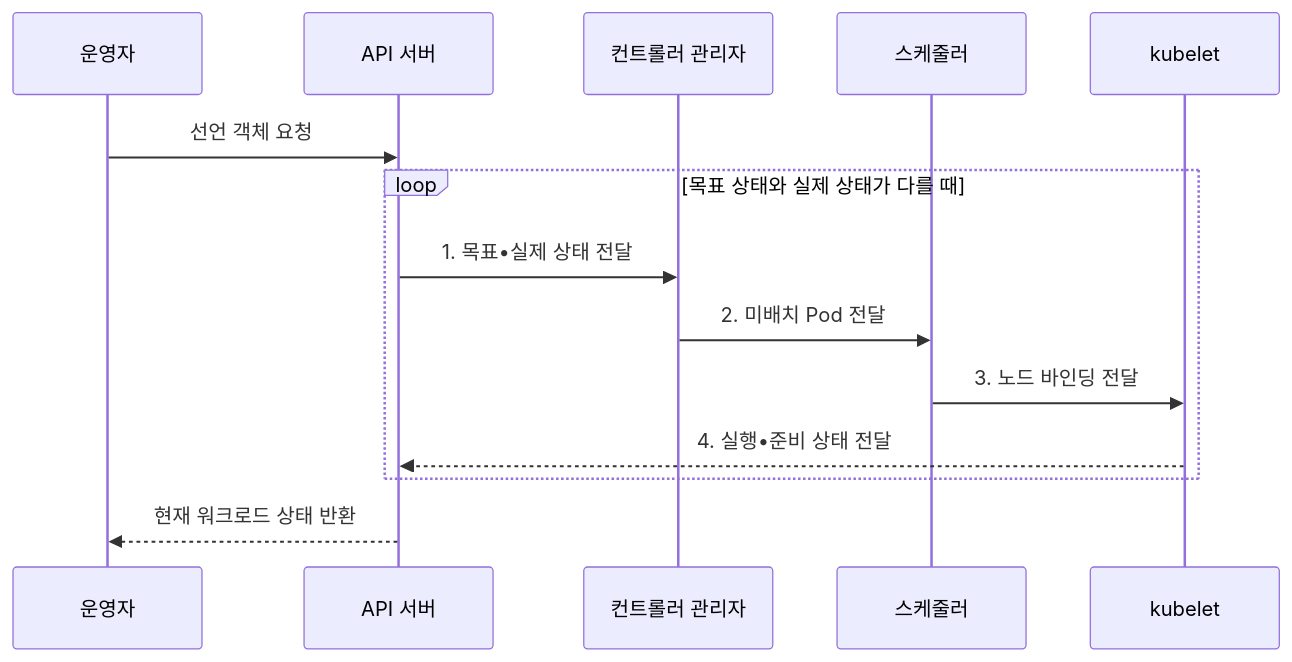
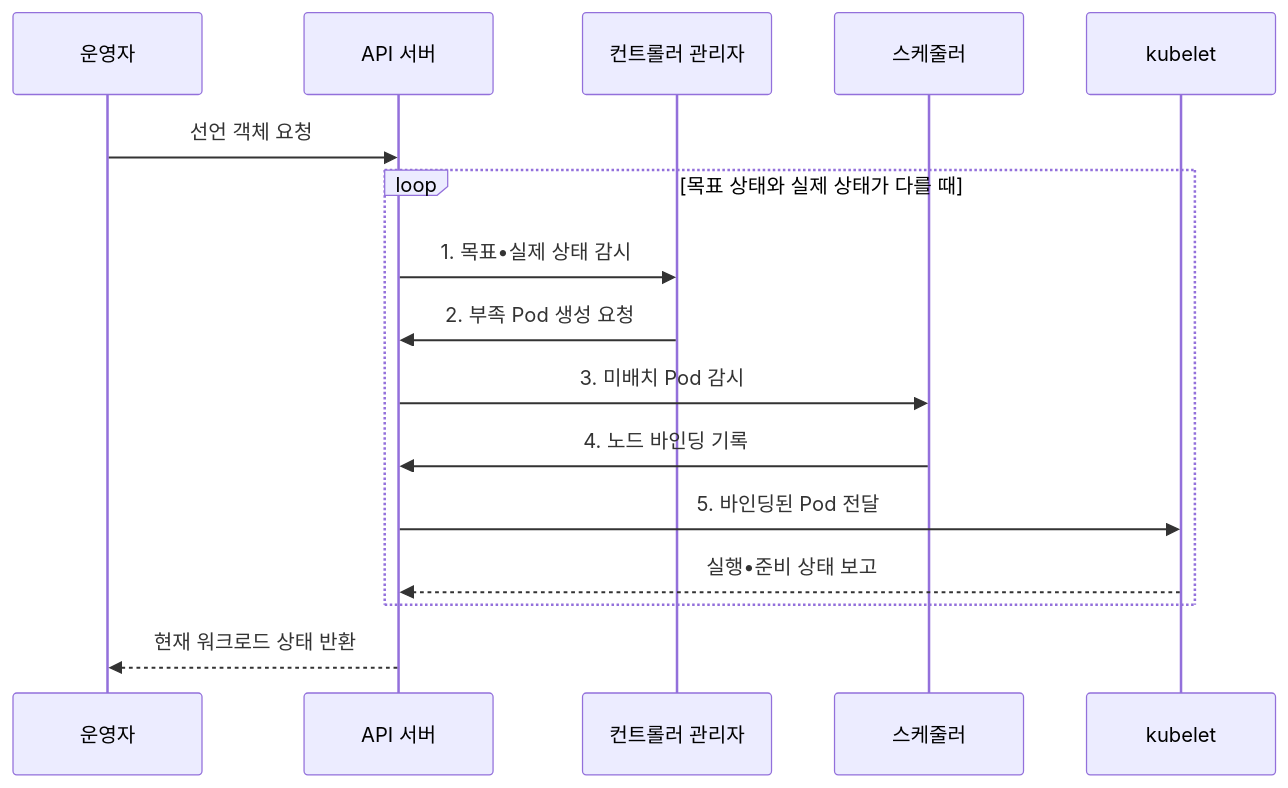
The second of 2 diagrams in src/content/docs/notes/08-latest-tech/158_kubernetes.md (agnusdei1207/knowledge-base), drawn with Mermaid before and after one commit. The commit also changed other lines of this file and 3 other files, not shown here.

````diff
--- a/src/content/docs/notes/08-latest-tech/158_kubernetes.md
+++ b/src/content/docs/notes/08-latest-tech/158_kubernetes.md
@@ -106,16 +106,18 @@
 ```mermaid
 sequenceDiagram
     participant U as 운영자
     participant A as API 서버
     participant C as 컨트롤러 관리자
     participant S as 스케줄러
     participant K as kubelet
     U->>A: 선언 객체 요청
     loop 목표 상태와 실제 상태가 다를 때
-        A->>C: 1. 목표•실제 상태 전달
-        C->>S: 2. 미배치 Pod 전달
-        S->>K: 3. 노드 바인딩 전달
-        K-->>A: 4. 실행•준비 상태 전달
+        A->>C: 1. 목표•실제 상태 감시
+        C->>A: 2. 부족 Pod 생성 요청
+        A->>S: 3. 미배치 Pod 감시
+        S->>A: 4. 노드 바인딩 기록
+        A->>K: 5. 바인딩된 Pod 전달
+        K-->>A: 실행•준비 상태 보고
     end
     A-->>U: 현재 워크로드 상태 반환
 ```
````
